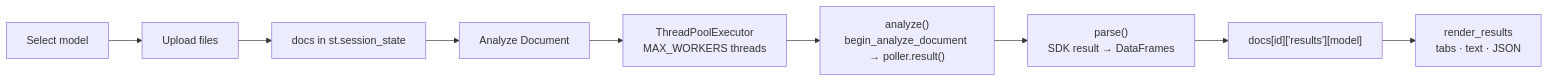
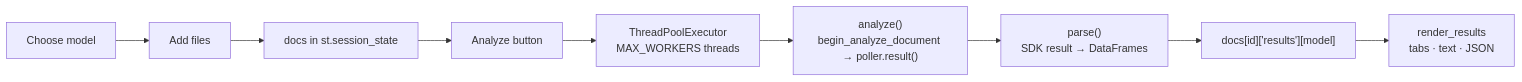
One commit to Mariam-adel7/Document-intelligence changed the diagram in README.md. Above: the diagram before and after it, drawn with Mermaid. The commit also changed other lines of this file, not shown here.

````diff
--- a/README.md
+++ b/README.md
@@ -113,11 +130,11 @@
 ```mermaid
 flowchart LR
-    A[Select model] --> B[Upload files]
+    A[Choose model] --> B[Add files]
     B --> C[docs in st.session_state]
-    C --> D[Analyze Document]
+    C --> D[Analyze button]
     D --> E[ThreadPoolExecutor<br/>MAX_WORKERS threads]
     E --> F["analyze()<br/>begin_analyze_document → poller.result()"]
     F --> G["parse()<br/>SDK result → DataFrames"]
     G --> H["docs[id]['results'][model]"]
     H --> I[render_results<br/>tabs · text · JSON]
 ```
````
